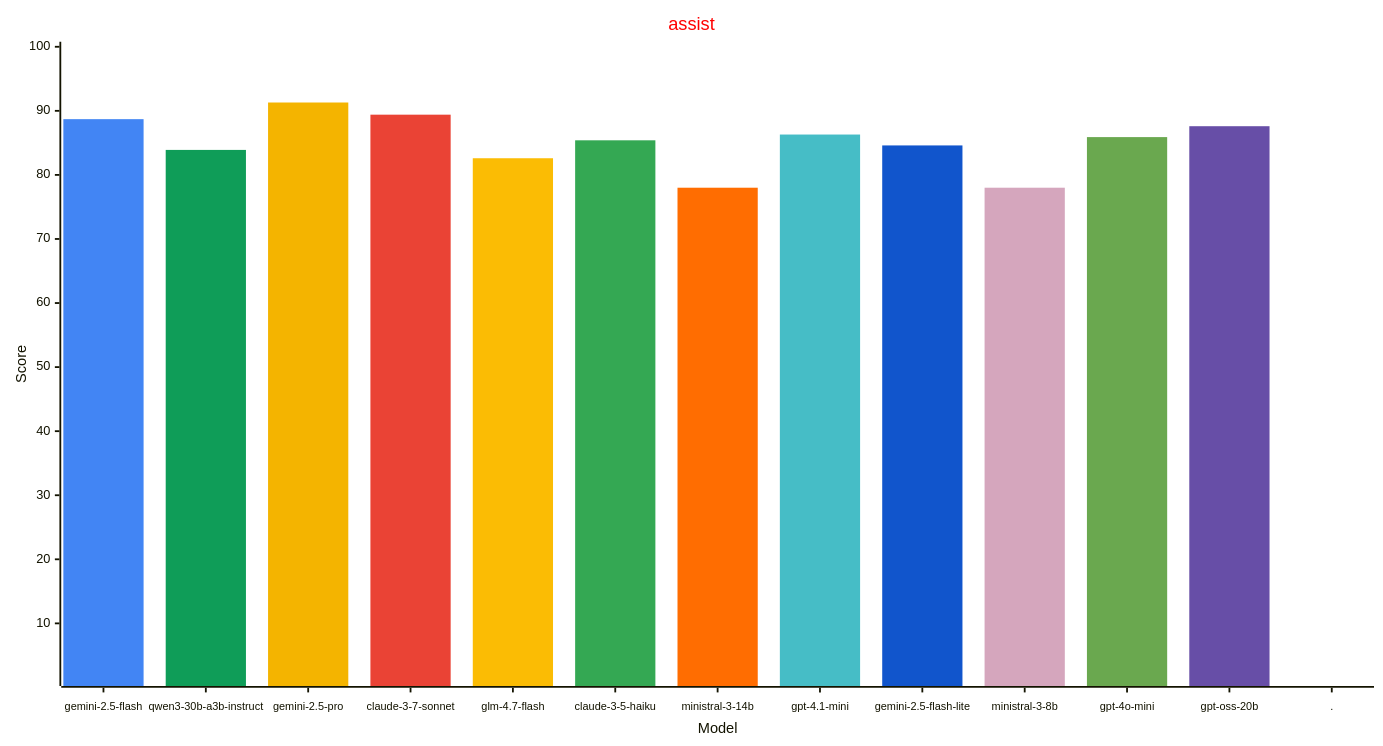
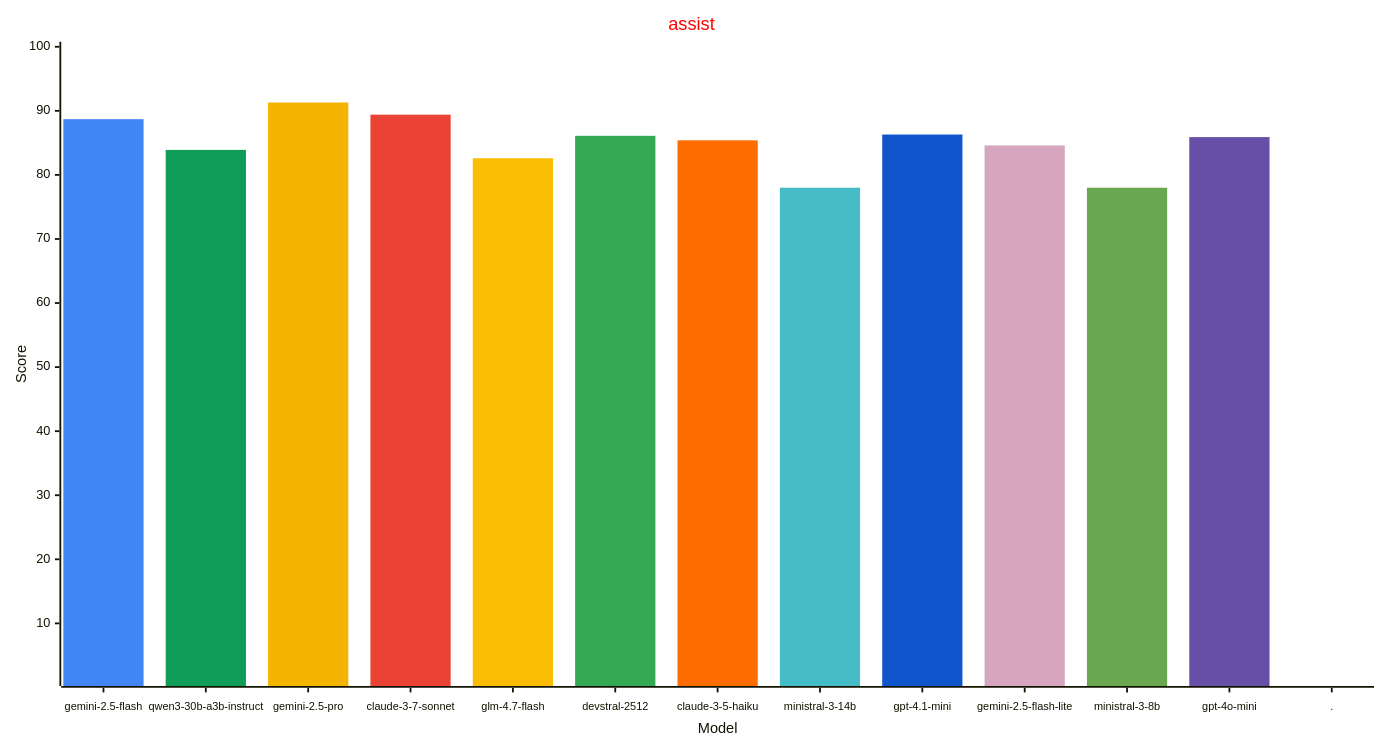
One commit to allenporter/home-assistant-datasets changed the first of 4 diagrams in reports/README.md. Above: the diagram before and after it, drawn with Mermaid. The commit also changed other lines of this file and 1087 other files, not shown here.

````diff
--- a/reports/README.md
+++ b/reports/README.md
@@ -54,33 +55,33 @@
 ```mermaid
 ---
 config:
     xyChart:
         width: 1500
         height: 800
         xAxis:
           labelFontSize: 12
           labelPadding: 8
     themeVariables:
         xyChart:
             titleColor: "#ff0000"
             plotColorPalette: "#4285f4, #0f9d58, #f4b400, #ea4335, #fbbc04, #34a853, #ff6d01, #46bdc6, #1155cc, #d5a6bd, #6aa84f, #674ea7, #4285f4"
 
 ---
 xychart-beta
   title "assist"
-  x-axis "Model" [gemini-2.5-flash, qwen3-30b-a3b-instruct, gemini-2.5-pro, claude-3-7-sonnet, glm-4.7-flash, claude-3-5-haiku, ministral-3-14b, gpt-4.1-mini, gemini-2.5-flash-lite, ministral-3-8b, gpt-4o-mini, gpt-oss-20b, .]
+  x-axis "Model" [gemini-2.5-flash, qwen3-30b-a3b-instruct, gemini-2.5-pro, claude-3-7-sonnet, glm-4.7-flash, devstral-2512, claude-3-5-haiku, ministral-3-14b, gpt-4.1-mini, gemini-2.5-flash-lite, ministral-3-8b, gpt-4o-mini, .]
   y-axis "Score" 1 --> 100
   bar [88.7, 0.0, 0.0, 0.0, 0.0, 0.0, 0.0, 0.0, 0.0, 0.0, 0.0, 0.0, 0.0]
   bar [0.0, 83.9, 0.0, 0.0, 0.0, 0.0, 0.0, 0.0, 0.0, 0.0, 0.0, 0.0, 0.0]
   bar [0.0, 0.0, 91.3, 0.0, 0.0, 0.0, 0.0, 0.0, 0.0, 0.0, 0.0, 0.0, 0.0]
   bar [0.0, 0.0, 0.0, 89.4, 0.0, 0.0, 0.0, 0.0, 0.0, 0.0, 0.0, 0.0, 0.0]
   bar [0.0, 0.0, 0.0, 0.0, 82.6, 0.0, 0.0, 0.0, 0.0, 0.0, 0.0, 0.0, 0.0]
-  bar [0.0, 0.0, 0.0, 0.0, 0.0, 85.4, 0.0, 0.0, 0.0, 0.0, 0.0, 0.0, 0.0]
-  bar [0.0, 0.0, 0.0, 0.0, 0.0, 0.0, 78.0, 0.0, 0.0, 0.0, 0.0, 0.0, 0.0]
-  bar [0.0, 0.0, 0.0, 0.0, 0.0, 0.0, 0.0, 86.3, 0.0, 0.0, 0.0, 0.0, 0.0]
-  bar [0.0, 0.0, 0.0, 0.0, 0.0, 0.0, 0.0, 0.0, 84.6, 0.0, 0.0, 0.0, 0.0]
-  bar [0.0, 0.0, 0.0, 0.0, 0.0, 0.0, 0.0, 0.0, 0.0, 78.0, 0.0, 0.0, 0.0]
-  bar [0.0, 0.0, 0.0, 0.0, 0.0, 0.0, 0.0, 0.0, 0.0, 0.0, 85.9, 0.0, 0.0]
-  bar [0.0, 0.0, 0.0, 0.0, 0.0, 0.0, 0.0, 0.0, 0.0, 0.0, 0.0, 87.6, 0.0]
+  bar [0.0, 0.0, 0.0, 0.0, 0.0, 86.1, 0.0, 0.0, 0.0, 0.0, 0.0, 0.0, 0.0]
+  bar [0.0, 0.0, 0.0, 0.0, 0.0, 0.0, 85.4, 0.0, 0.0, 0.0, 0.0, 0.0, 0.0]
+  bar [0.0, 0.0, 0.0, 0.0, 0.0, 0.0, 0.0, 78.0, 0.0, 0.0, 0.0, 0.0, 0.0]
+  bar [0.0, 0.0, 0.0, 0.0, 0.0, 0.0, 0.0, 0.0, 86.3, 0.0, 0.0, 0.0, 0.0]
+  bar [0.0, 0.0, 0.0, 0.0, 0.0, 0.0, 0.0, 0.0, 0.0, 84.6, 0.0, 0.0, 0.0]
+  bar [0.0, 0.0, 0.0, 0.0, 0.0, 0.0, 0.0, 0.0, 0.0, 0.0, 78.0, 0.0, 0.0]
+  bar [0.0, 0.0, 0.0, 0.0, 0.0, 0.0, 0.0, 0.0, 0.0, 0.0, 0.0, 85.9, 0.0]
   bar [0.0, 0.0, 0.0, 0.0, 0.0, 0.0, 0.0, 0.0, 0.0, 0.0, 0.0, 0.0, -1.0]
 ```
````
